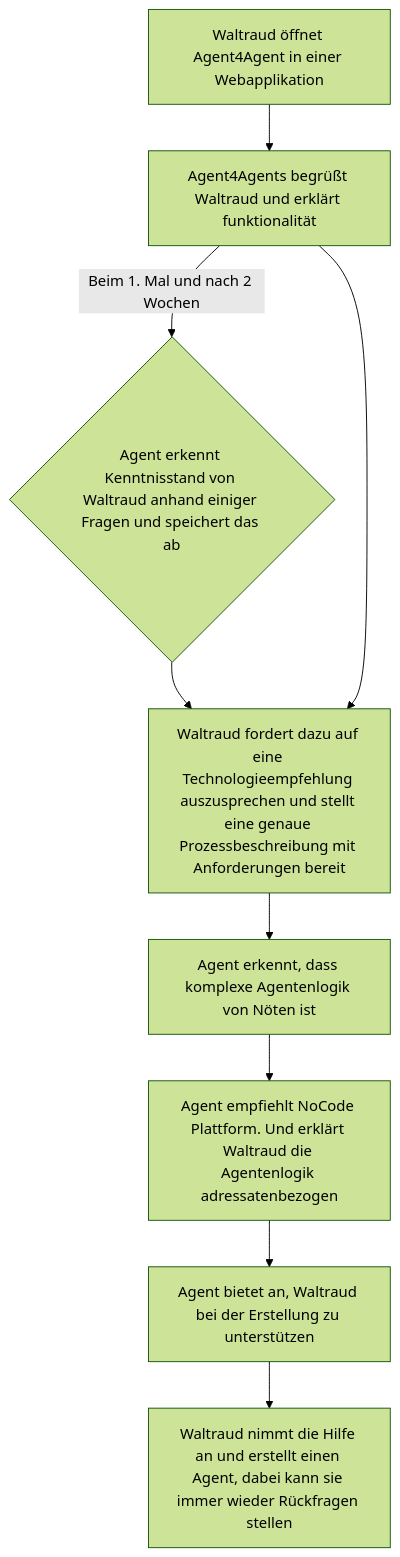
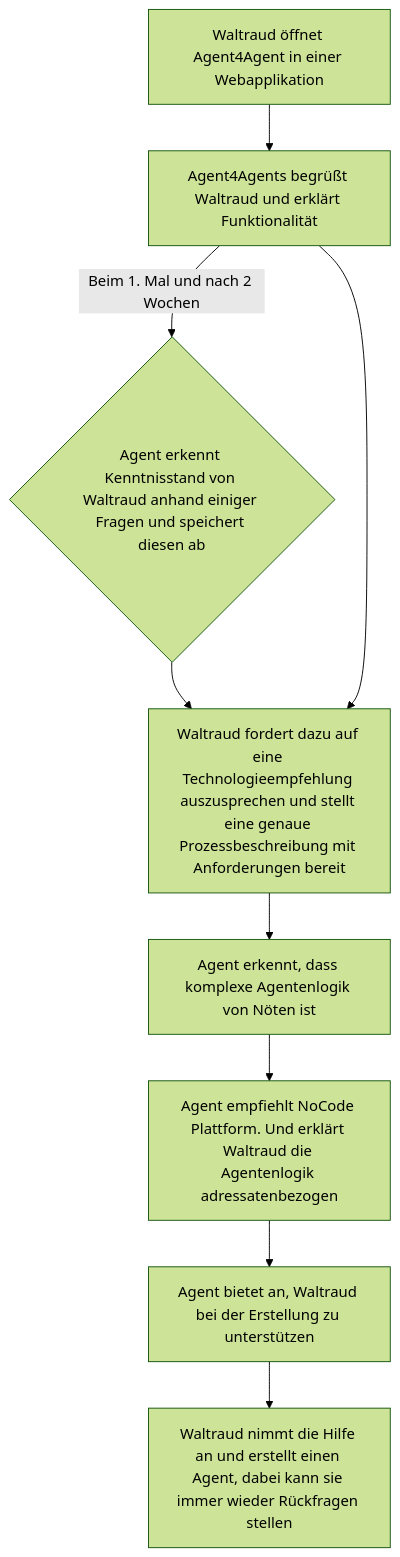
Before and after one commit to agentic-ai-ws2526-group-c/agent4agents-documentation: the third of 4 diagrams in Ideation/User Personas and UseCases.md, drawn with Mermaid (forest theme). The commit also changed other lines of this file, not shown here.

````diff
--- a/Ideation/User Personas and UseCases.md
+++ b/Ideation/User Personas and UseCases.md
@@ -80,11 +80,11 @@
 ```mermaid
 graph TD
-    A[Waltraud öffnet Agent4Agent in einer Webapplikation] --> B[Agent4Agents begrüßt Waltraud und erklärt funktionalität];
-    B -- "Beim 1. Mal und nach 2 Wochen" --> C{Agent erkennt Kenntnisstand von Waltraud anhand einiger Fragen und speichert das ab};
+    A[Waltraud öffnet Agent4Agent in einer Webapplikation] --> B[Agent4Agents begrüßt Waltraud und erklärt Funktionalität];
+    B -- "Beim 1. Mal und nach 2 Wochen" --> C{Agent erkennt Kenntnisstand von Waltraud anhand einiger Fragen und speichert diesen ab};
     C --> D[Waltraud fordert dazu auf eine Technologieempfehlung auszusprechen und stellt eine genaue Prozessbeschreibung mit Anforderungen bereit];
     B --> D;
     D --> E[Agent erkennt, dass komplexe Agentenlogik von Nöten ist];
     E --> F[Agent empfiehlt NoCode Plattform. Und erklärt Waltraud die Agentenlogik adressatenbezogen];
     F --> G[Agent bietet an, Waltraud bei der Erstellung zu unterstützen];
     G --> H[Waltraud nimmt die Hilfe an und erstellt einen Agent, dabei kann sie immer wieder Rückfragen stellen];
 ```
````
